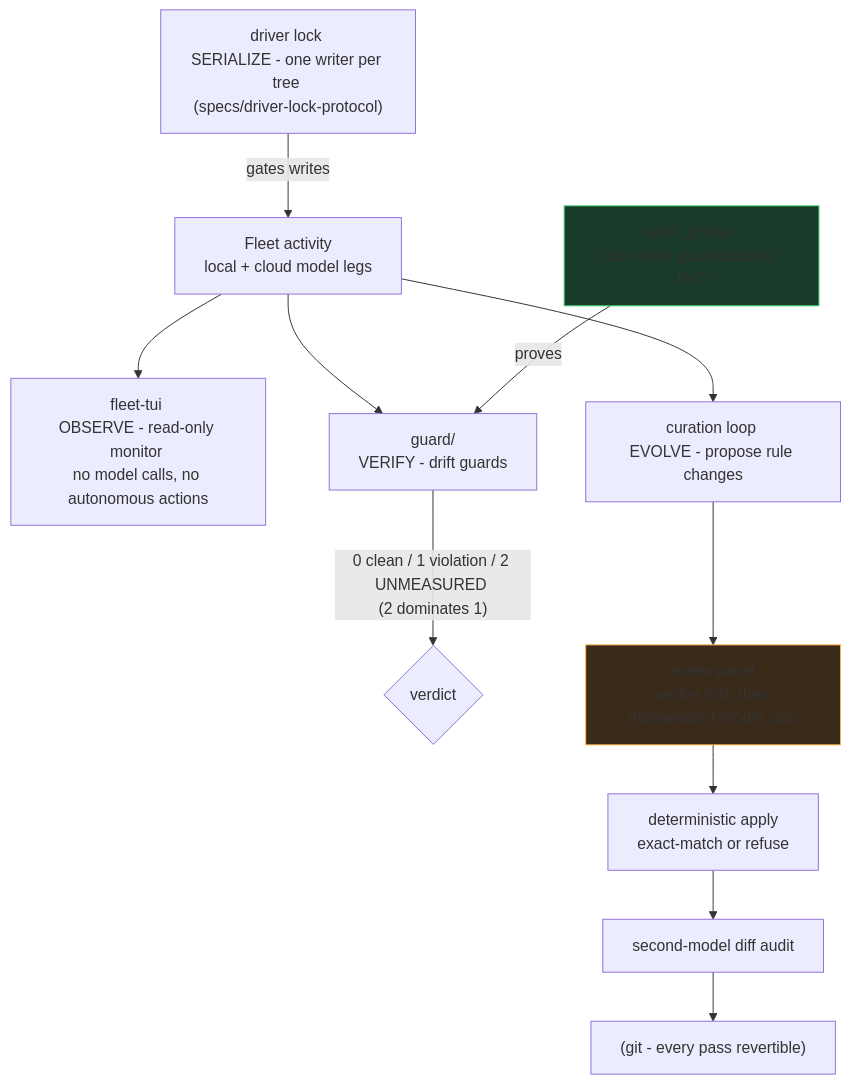
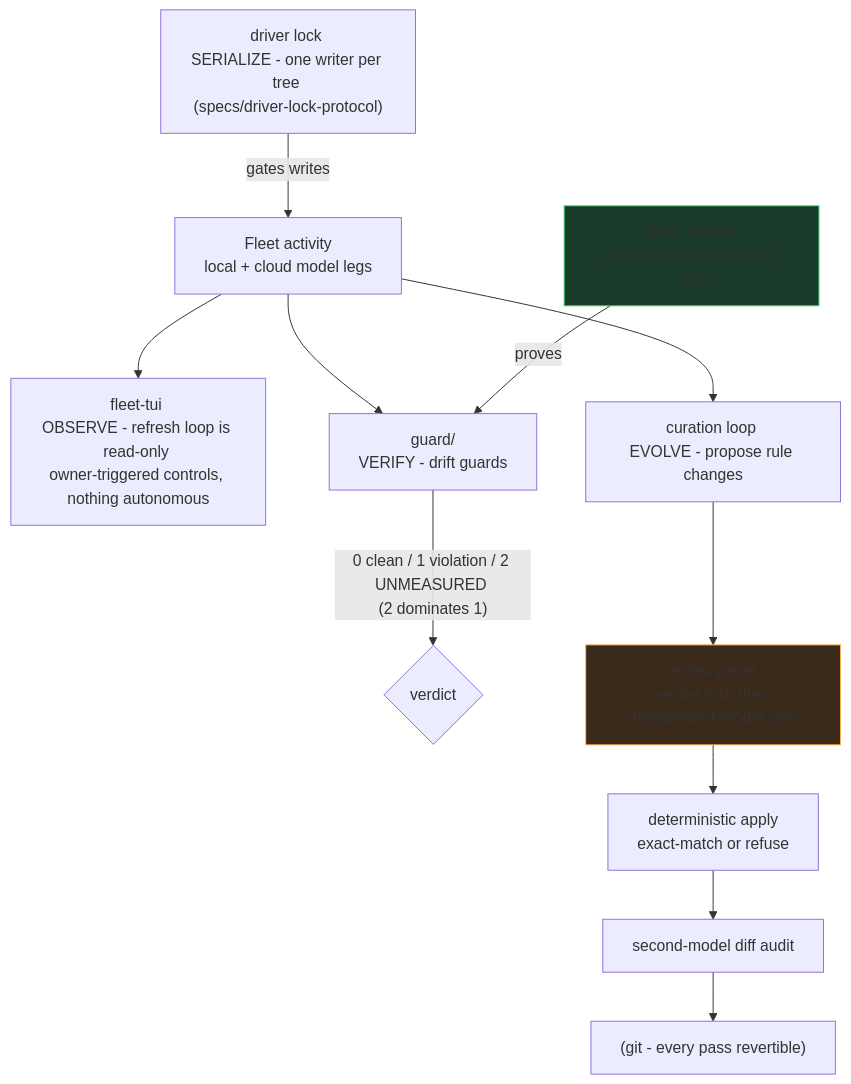
Before and after one commit to sherifican/Agent-FleetOps: the first of 4 diagrams in README.md, drawn with Mermaid. The commit also changed other lines of this file and 10 other files, not shown here.

````diff
--- a/README.md
+++ b/README.md
@@ -33,13 +33,13 @@
 ```mermaid
 flowchart TD
-    W["Fleet activity <br/>local + cloud model legs"] --> T["fleet-tui <br/>OBSERVE - read-only monitor <br/>no model calls, no autonomous actions"]
+    W["Fleet activity <br/>local + cloud model legs"] --> T["fleet-tui <br/>OBSERVE - refresh loop is read-only <br/>owner-triggered controls, nothing autonomous"]
     L["driver lock <br/>SERIALIZE - one writer per tree <br/>(specs/driver-lock-protocol)"] -->|gates writes| W
     W --> G["guard/ <br/>VERIFY - drift guards"]
     TP["teeth_prover <br/>can every guard actually fail?"] -->|proves| G
     G -->|"0 clean / 1 violation / 2 UNMEASURED <br/>(2 dominates 1)"| V{verdict}
     W --> C["curation loop <br/>EVOLVE - propose rule changes"]
     C --> H["review panel <br/>verifier first, then independent-model vote"]
     H --> A["deterministic apply <br/>exact-match or refuse"] --> D["second-model diff audit"] --> R["(git - every pass revertible)"]
     style TP fill:#1a3a2a,stroke:#39d36f
     style H fill:#3a2a1a,stroke:#ffb347
 ```
````
